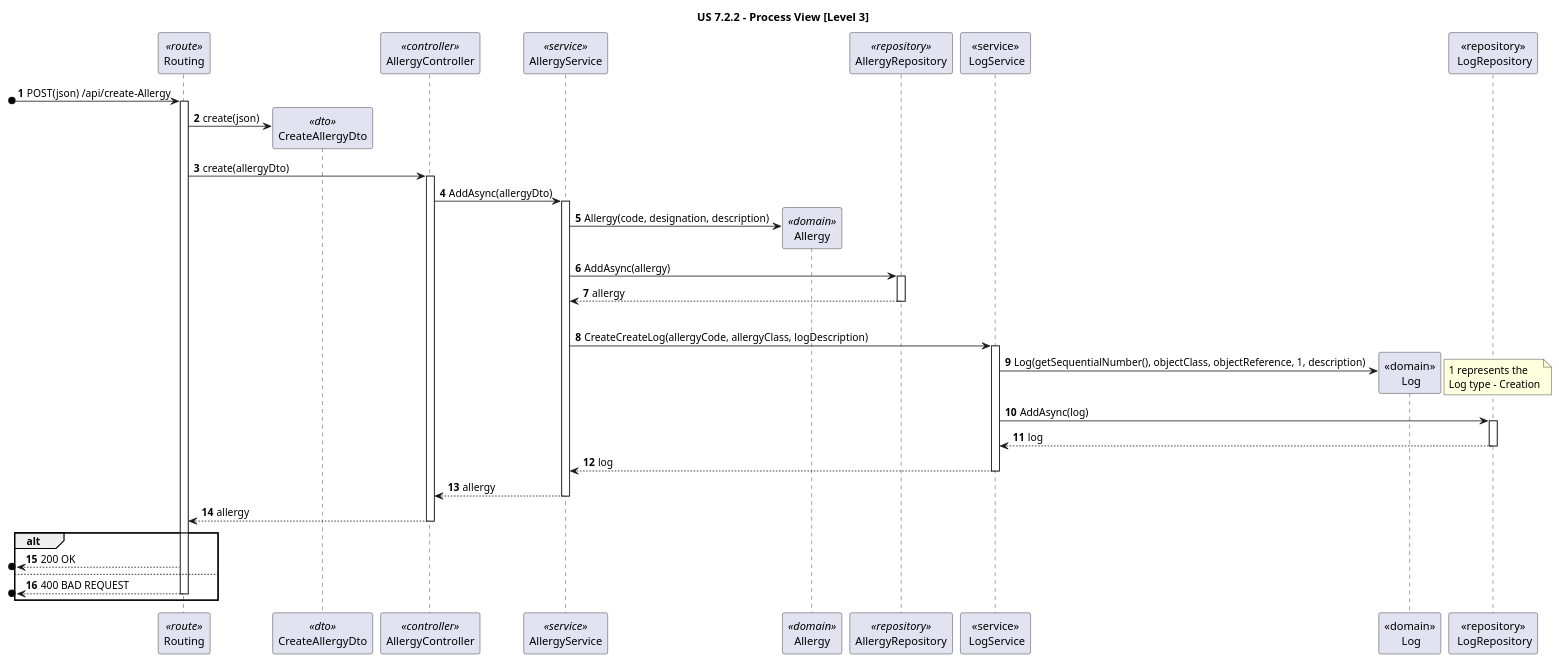
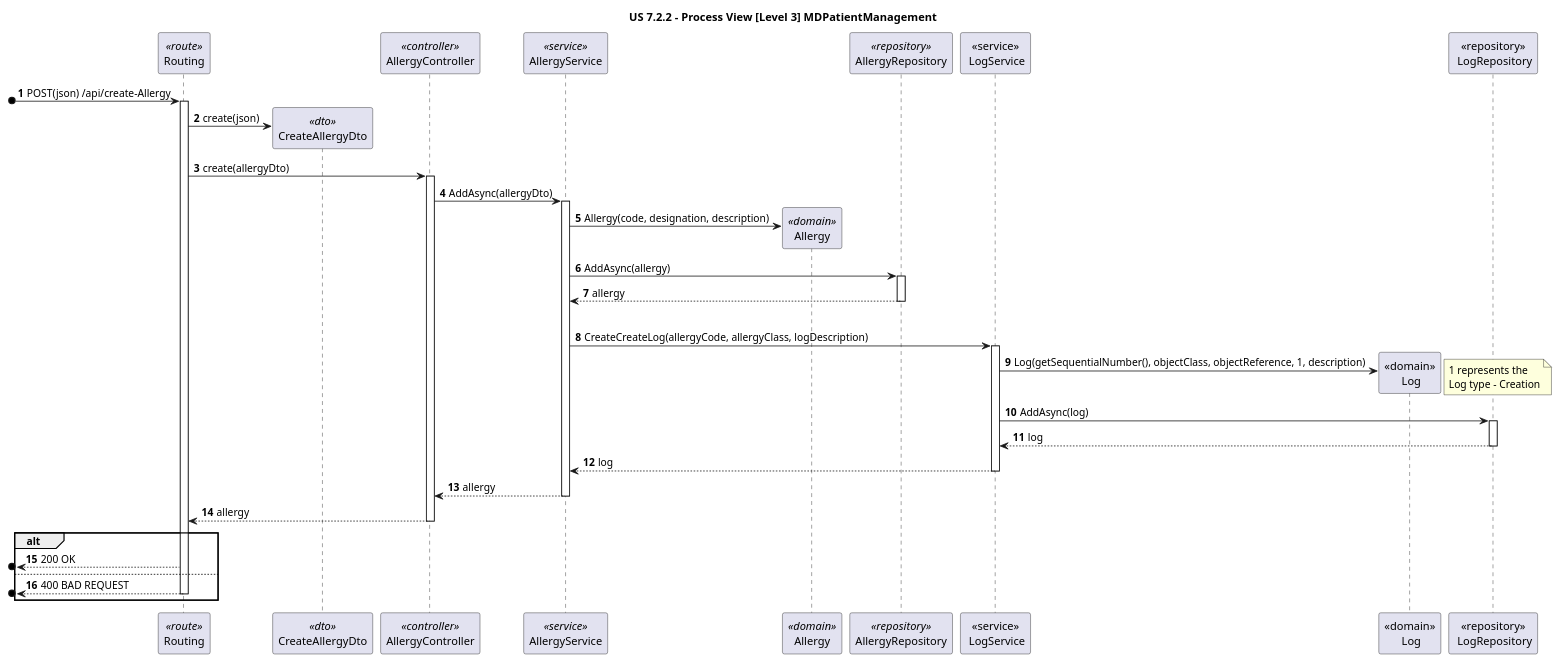
One commit to rita-barbosa/LAPR5-2425 changed the diagram in docs/sprint-3/1220683/us-7.2.2/Process_View/Level-3/us7.2.2-process-view-lvl3.puml. Above: the diagram before and after it, drawn with PlantUML. The commit also changed 6 other files, not shown here.

```diff
--- a/docs/sprint-3/1220683/us-7.2.2/Process_View/Level-3/us7.2.2-process-view-lvl3.puml
+++ b/docs/sprint-3/1220683/us-7.2.2/Process_View/Level-3/us7.2.2-process-view-lvl3.puml
@@ -1,74 +1,74 @@
 @startuml
 
-title "US 7.2.2 - Process View [Level 3]"
+title "US 7.2.2 - Process View [Level 3] MDPatientManagement"
 
 autonumber
 participant "Routing" as ROUTE <<route>>
 participant "CreateAllergyDto" as DTO <<dto>>
 participant "AllergyController" as CTRL <<controller>>
 participant "AllergyService" as SVC <<service>>
 participant "Allergy" as ALL <<domain>>
 participant "AllergyRepository" as REPO <<repository>>
 
 participant "<<service>>\n LogService" as LogServ
 participant "<<domain>>\n Log" as Log
 participant "<<repository>>\n LogRepository" as LogRepo
 
 
 [o-> ROUTE: POST(json) /api/create-Allergy
 activate ROUTE
 
 ROUTE -> DTO **: create(json)
 
 ROUTE -> CTRL: create(allergyDto)
 activate CTRL
 
 CTRL ->  SVC: AddAsync(allergyDto)
 activate SVC
 
 SVC -> ALL ** : Allergy(code, designation, description)
 
 SVC -> REPO : AddAsync(allergy)
 activate REPO
 
 REPO --> SVC : allergy
 deactivate REPO
 
 |||
 
 SVC -> LogServ : CreateCreateLog(allergyCode, allergyClass, logDescription)
 activate LogServ
 
 LogServ -> Log ** : Log(getSequentialNumber(), objectClass, objectReference, 1, description)
 note right
 1 represents the
 Log type - Creation
 end note
 
 LogServ -> LogRepo : AddAsync(log)
 activate LogRepo
 
 LogRepo --> LogServ : log
 deactivate LogRepo
 
 LogServ --> SVC : log
 deactivate LogServ
 
 
 SVC --> CTRL: allergy
 deactivate SVC
 
 CTRL --> ROUTE: allergy
 deactivate CTRL
 
 alt 
 [o<-- ROUTE : 200 OK
 
 else
 
 [o<-- ROUTE : 400 BAD REQUEST
 deactivate ROUTE
 end alt
 
 
 @enduml
```
